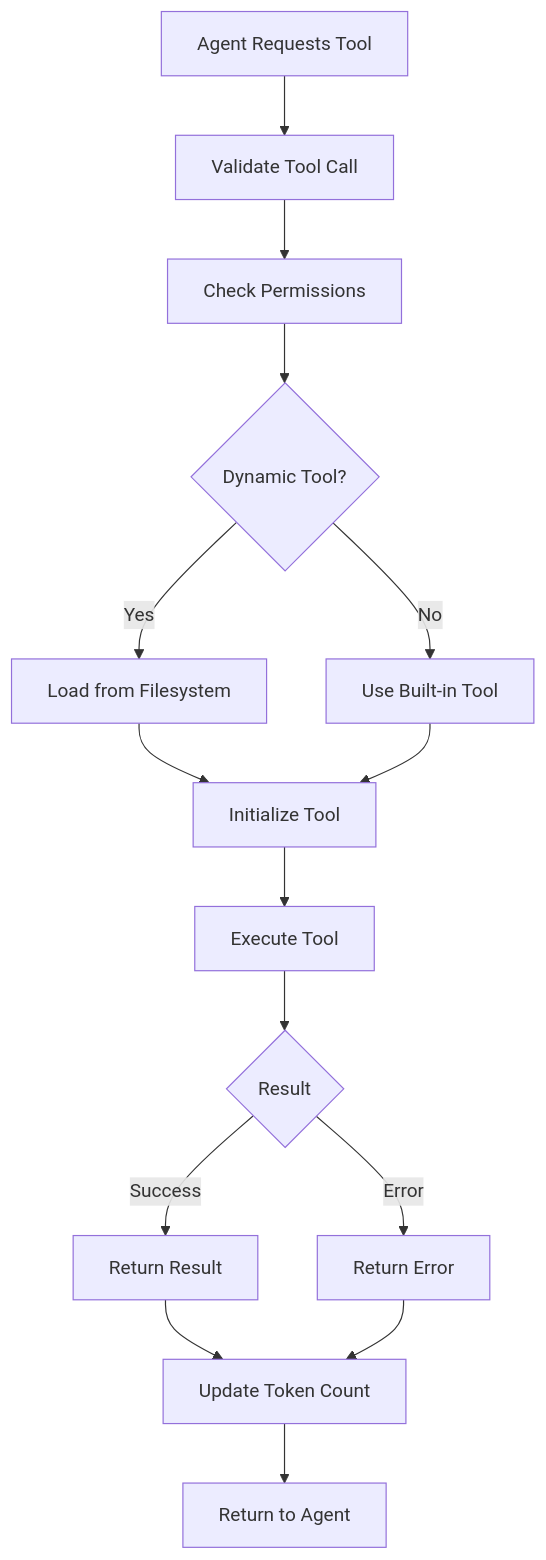
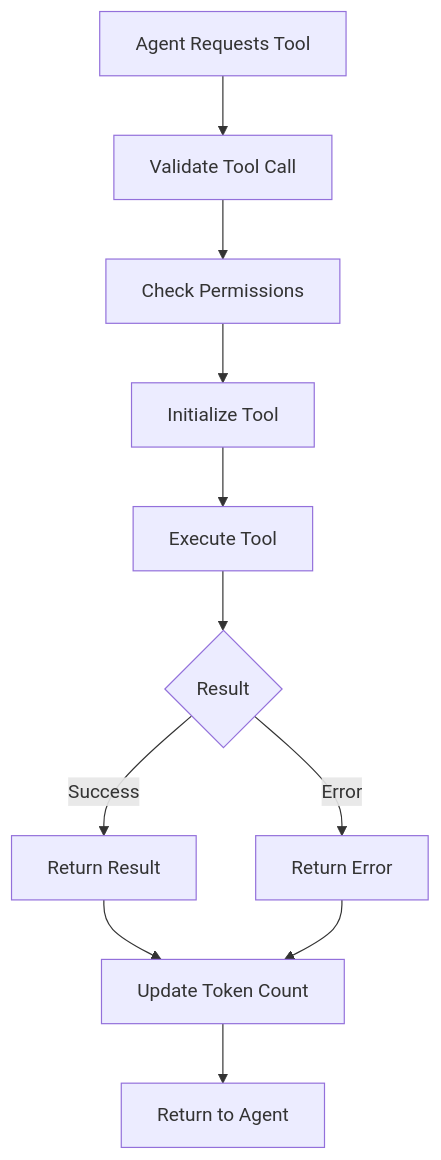
One commit to travisennis/acai-ts changed the fourth of 10 diagrams in ARCHITECTURE.md. Above: the diagram before and after it, drawn with Mermaid. The commit also changed other lines of this file and 1 other file, not shown here.

Commit message:
docs: remove dynamic tools documentation

````diff
--- a/ARCHITECTURE.md
+++ b/ARCHITECTURE.md
@@ -649,22 +645,16 @@
 ```mermaid
 flowchart TD
     A[Agent Requests Tool] --> B[Validate Tool Call]
     B --> C[Check Permissions]
-    C --> D{Dynamic Tool?}
+    C --> D[Initialize Tool]
     
-    D -->|Yes| E[Load from Filesystem]
-    D -->|No| F[Use Built-in Tool]
+    D --> E[Execute Tool]
+    E --> F{Result}
+    F -->|Success| G[Return Result]
+    F -->|Error| H[Return Error]
     
-    E --> G[Initialize Tool]
-    F --> G
+    G --> I[Update Token Count]
+    H --> I
     
-    G --> H[Execute Tool]
-    H --> I{Result}
-    I -->|Success| J[Return Result]
-    I -->|Error| K[Return Error]
-    
-    J --> L[Update Token Count]
-    K --> L
-    
-    L --> M[Return to Agent]
+    I --> J[Return to Agent]
 ```
````
